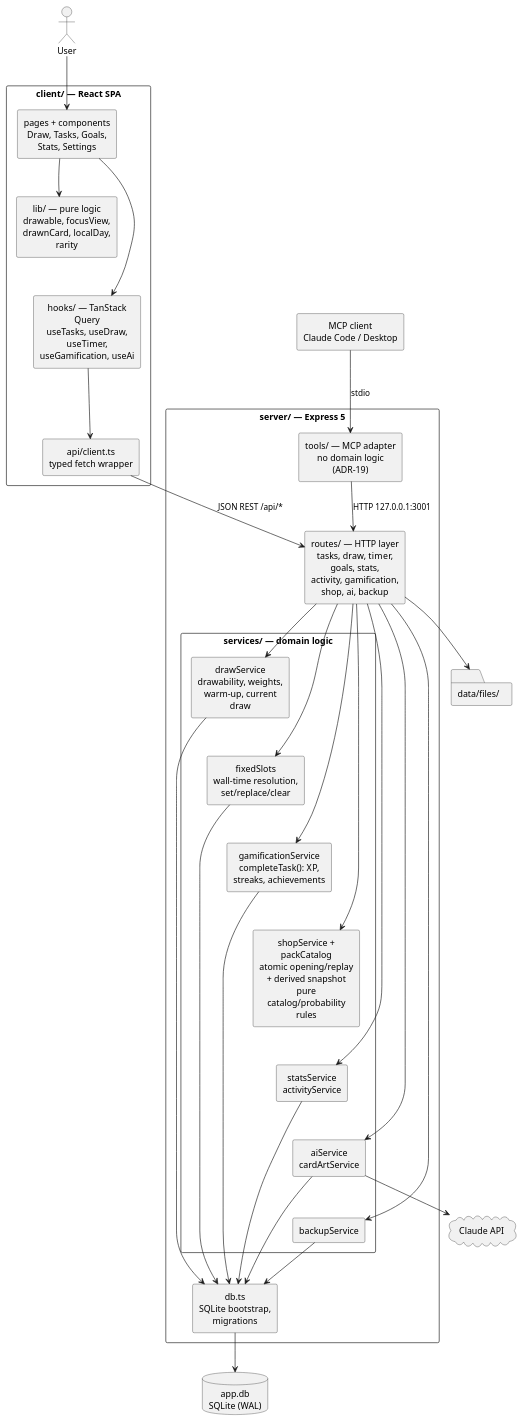
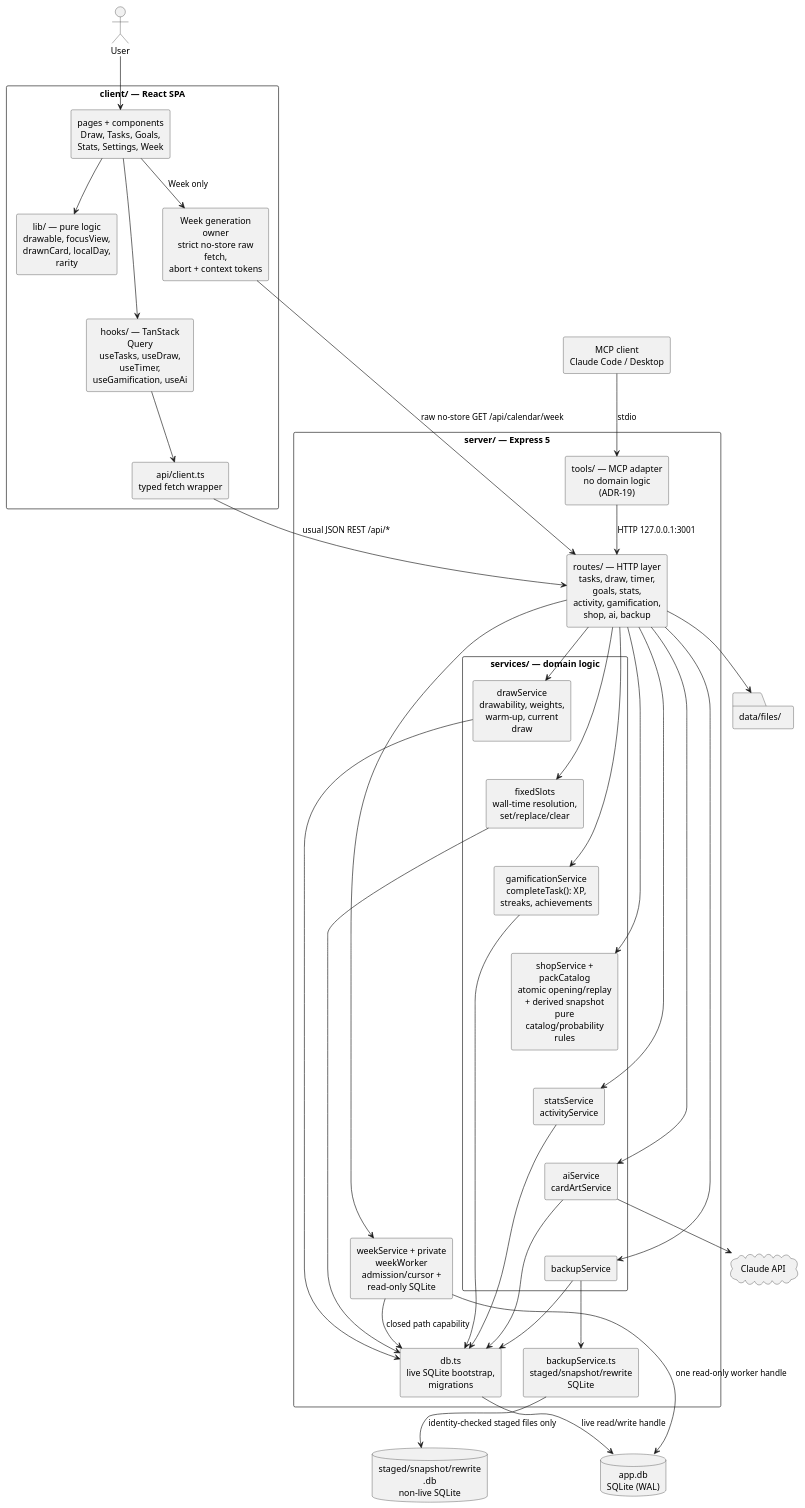
One commit to FelixGeisler/draw changed the diagram in docs/modules/ROOT/pages/05_building_block_view.adoc. Above: the diagram before and after it, drawn with PlantUML. The commit also changed other lines of this file and 15 other files, not shown here.

```diff
--- a/docs/modules/ROOT/pages/05_building_block_view.adoc
+++ b/docs/modules/ROOT/pages/05_building_block_view.adoc
@@ -16,72 +19,83 @@
 [plantuml,building-blocks,svg]
 ....
 @startuml
 skinparam componentStyle rectangle
 skinparam shadowing false
 skinparam wrapWidth 150
 skinparam defaultTextAlignment center
 skinparam packageStyle rectangle
 hide stereotype
 
 actor "User" as user
 component "MCP client\nClaude Code / Desktop" as mcpClient
 
 package "client/ — React SPA" {
-  component "pages + components\nDraw, Tasks, Goals,\nStats, Settings" as pages
+  component "pages + components\nDraw, Tasks, Goals,\nStats, Settings, Week" as pages
   component "lib/ — pure logic\ndrawable, focusView,\ndrawnCard, localDay, rarity" as clib
   component "hooks/ — TanStack Query\nuseTasks, useDraw, useTimer,\nuseGamification, useAi" as hooks
   component "api/client.ts\ntyped fetch wrapper" as apiClient
+  component "Week generation owner\nstrict no-store raw fetch,\nabort + context tokens" as weekClient
 }
 
 package "server/ — Express 5" {
   component "tools/ — MCP adapter\nno domain logic (ADR-19)" as mcpAdapter
   component "routes/ — HTTP layer\ntasks, draw, timer, goals, stats,\nactivity, gamification, shop, ai, backup" as routes
   package "services/ — domain logic" {
     component "drawService\ndrawability, weights,\nwarm-up, current draw" as drawSvc
     component "fixedSlots\nwall-time resolution,\nset/replace/clear" as fixedSvc
     component "gamificationService\ncompleteTask(): XP,\nstreaks, achievements" as gamSvc
     component "shopService + packCatalog\natomic opening/replay + derived snapshot\npure catalog/probability rules" as shopSvc
     component "statsService\nactivityService" as statsSvc
     component "aiService\ncardArtService" as aiSvc
     component "backupService" as backupSvc
   }
-  component "db.ts\nSQLite bootstrap, migrations" as dbmod
+  component "db.ts\nlive SQLite bootstrap, migrations" as dbmod
+  component "backupService.ts\nstaged/snapshot/rewrite SQLite" as stagedDb
+  component "weekService + private weekWorker\nadmission/cursor + read-only SQLite" as weekReader
 }
 
 database "app.db\nSQLite (WAL)" as sqlite
+database "staged/snapshot/rewrite .db\nnon-live SQLite" as stagedSqlite
 folder "data/files/" as files
 cloud "Claude API" as claude
 
 user --> pages
 pages --> hooks
 pages --> clib
+pages --> weekClient : "Week only"
 hooks --> apiClient
-apiClient --> routes : "JSON REST /api/*"
+weekClient --> routes : "raw no-store GET /api/calendar/week"
+apiClient --> routes : "usual JSON REST /api/*"
 mcpClient --> mcpAdapter : stdio
 mcpAdapter --> routes : "HTTP 127.0.0.1:3001"
 routes --> drawSvc
 routes --> fixedSvc
 routes --> gamSvc
 routes --> shopSvc
 routes --> statsSvc
 routes --> aiSvc
 routes --> backupSvc
 drawSvc -[hidden]-> fixedSvc
 fixedSvc -[hidden]-> gamSvc
 gamSvc -[hidden]-> shopSvc
 shopSvc -[hidden]-> statsSvc
 statsSvc -[hidden]-> aiSvc
 aiSvc -[hidden]-> backupSvc
 drawSvc --> dbmod
 fixedSvc --> dbmod
 gamSvc --> dbmod
 statsSvc --> dbmod
 aiSvc --> dbmod
 backupSvc --> dbmod
-dbmod --> sqlite
+backupSvc --> stagedDb
+routes --> weekReader
+weekReader --> dbmod : "closed path capability"
+dbmod --> sqlite : "live read/write handle"
+stagedDb --> stagedSqlite : "identity-checked staged files only"
+weekReader --> sqlite : "one read-only worker handle"
 routes --> files
 aiSvc --> claude
 pages -[hidden]-> clib
 clib -[hidden]-> hooks
 @enduml
 ....
```
